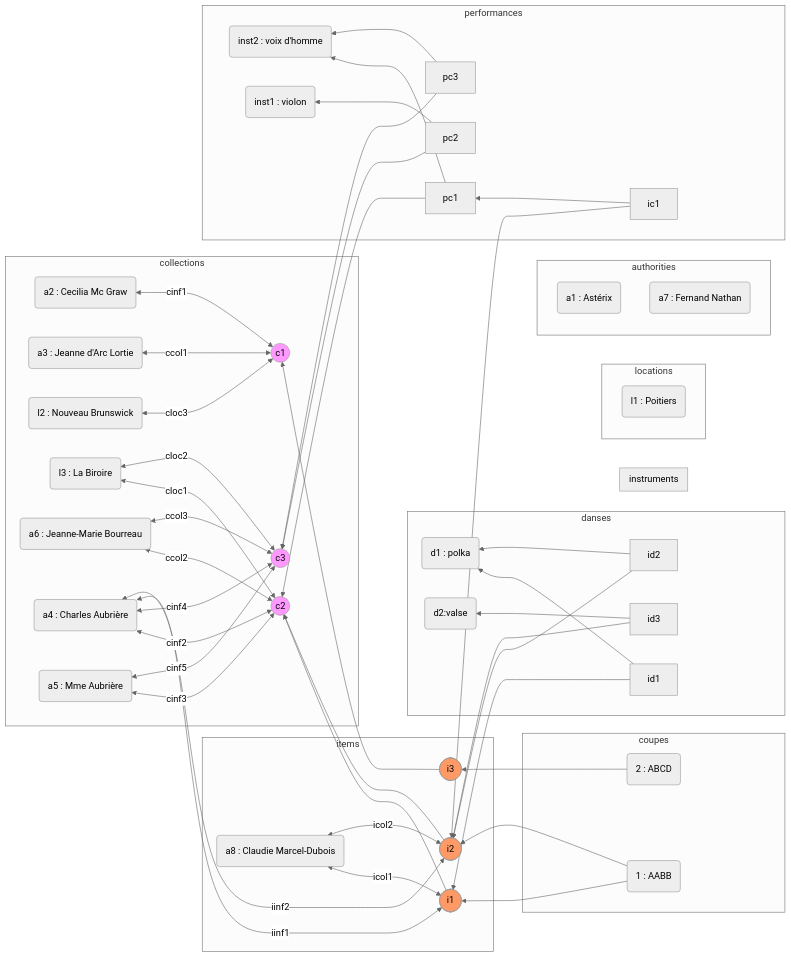
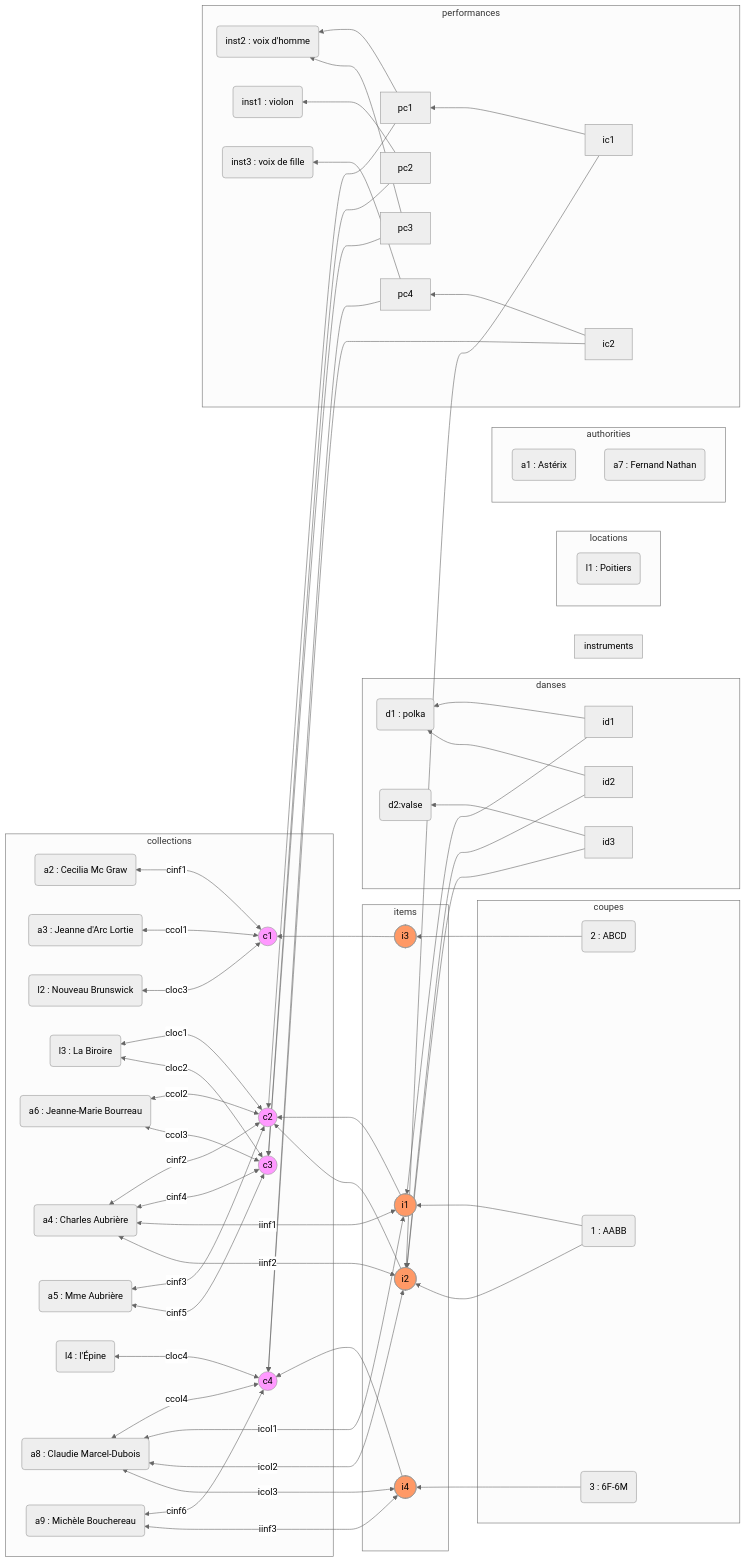
One commit to Francoralite/francoralite changed the diagram in documentation/data_test.md. Above: the diagram before and after it, drawn with Mermaid. The commit also changed 12 other files, not shown here.

````diff
--- a/documentation/data_test.md
+++ b/documentation/data_test.md
@@ -20,16 +20,21 @@
     c3 <-- ccol3 --> a6
     c3 <-- cinf4 --> a4
     c3 <-- cinf5 --> a5
+    c4((c4))
+    c4 <-- cloc4 --> l4
+    c4 <-- ccol4 --> a8
+    c4 <-- cinf6 --> a9
     classDef collection fill:#f9f;
-    class c1,c2,c3 collection;
+    class c1,c2,c3,c4 collection;
     end
 
     subgraph items
     i1([i1])
     i2([i2])
     i3([i3])
+    i4([i4])
     classDef item fill:#f96;
-    class i1,i2,i3 item;
+    class i1,i2,i3,i4 item;
     i1 --> c2
     i1 <-- icol1 --> a8
     i1 <-- iinf1 --> a4
@@ -37,6 +42,9 @@
     i2 <-- icol2 --> a8
     i2 <-- iinf2 --> a4
     i3 --> c1
+    i4 --> c4
+    i4 <-- icol3 --> a8
+    i4 <-- iinf3 --> a9
     end
 
     subgraph danses
@@ -59,17 +67,23 @@
     pc3 --> inst2
     ic1 --> i2
     ic1 --> pc1
+    pc4 --> c4
+    pc4 --> inst3
+    ic2 --> pc4
+    ic2 --> c4
     end
 
     subgraph instruments
     inst1(inst1 : violon)
     inst2(inst2 : voix d'homme)
+    inst3(inst3 : voix de fille)
     end
 
     subgraph locations
     l1(l1 : Poitiers)
     l2(l2 : Nouveau Brunswick)
     l3(l3 : La Biroire)
+    l4(l4 : l'Épine)
     end
 
     subgraph authorities
@@ -80,14 +94,17 @@
     a5(a5 : Mme Aubrière)
     a6(a6 : Jeanne-Marie Bourreau)
     a7(a7 : Fernand Nathan)
-    a8( a8 : Claudie Marcel-Dubois)
+    a8(a8 : Claudie Marcel-Dubois)
+    a9(a9 : Michèle Bouchereau)
     end
 
     subgraph coupes
     coup1(1 : AABB)
     coup2(2 : ABCD)
+    coup3(3 : 6F-6M)
     coup1 --> i1
     coup1 --> i2
     coup2 --> i3
+    coup3 --> i4
     end
 ```
````
